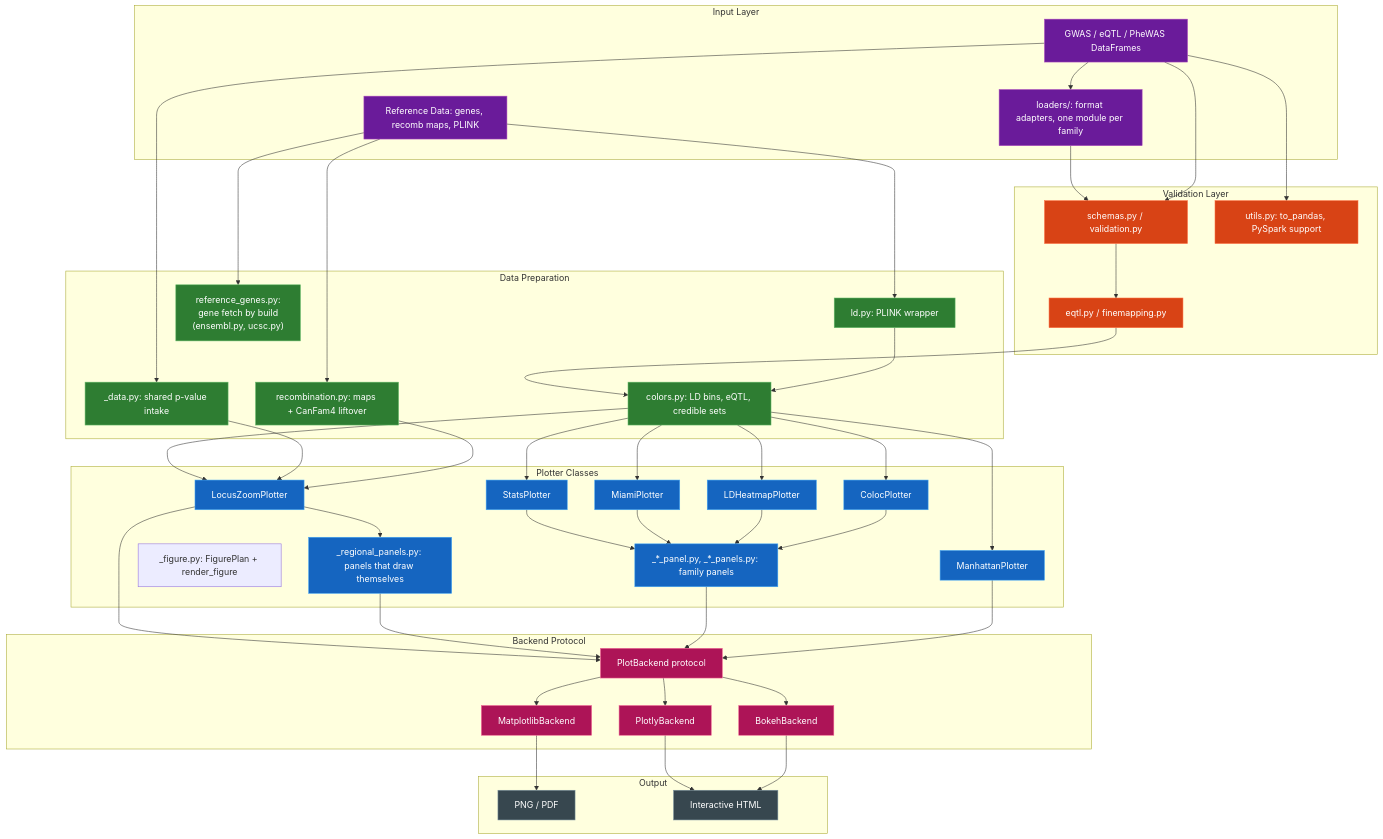
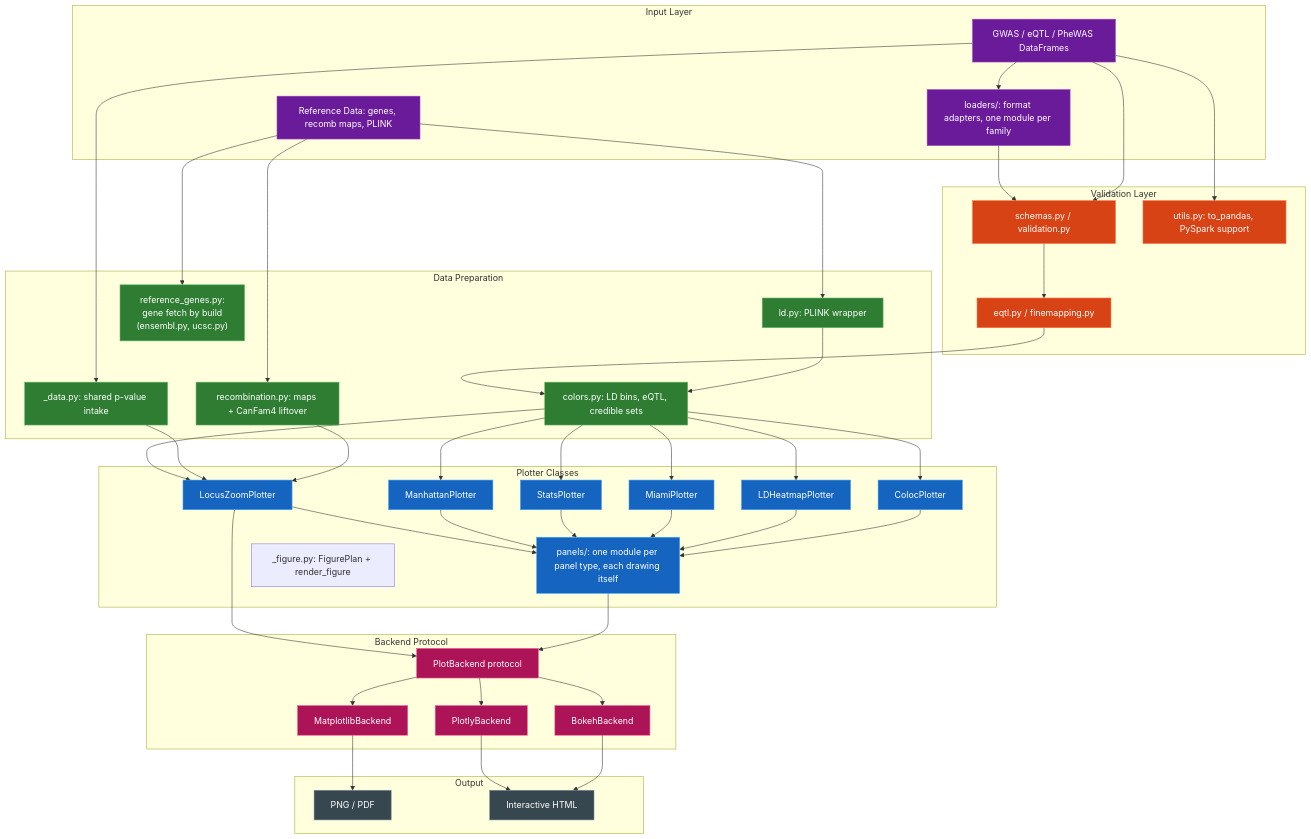
Before and after one commit to michael-denyer/pyLocusZoom: the diagram in docs/ARCHITECTURE.md, drawn with Mermaid. The commit also changed other lines of this file and 28 other files, not shown here.

First line of the commit message:
refactor: one package for every panel type, one module per panel

```diff
--- a/docs/ARCHITECTURE.md
+++ b/docs/ARCHITECTURE.md
@@ -40,9 +40,8 @@
 
     subgraph Plotters["Plotter Classes"]
         LZ[LocusZoomPlotter]
-        REGIONAL["_regional_panels.py: panels that draw themselves"]
+        PANELS["panels/: one module per panel type, each drawing itself"]
         FIGURE["_figure.py: FigurePlan + render_figure"]
-        FAMILIES[_*_panel.py, _*_panels.py: family panels]
         MP[ManhattanPlotter]
         SP[StatsPlotter]
         MIAMI[MiamiPlotter]
@@ -82,14 +81,13 @@
     COLORS --> CP
     RECOMB --> LZ
     LZ --> PROTO
-    LZ --> REGIONAL
-    REGIONAL --> PROTO
-    SP --> FAMILIES
-    MIAMI --> FAMILIES
-    LDH --> FAMILIES
-    CP --> FAMILIES
-    FAMILIES --> PROTO
-    MP --> PROTO
+    LZ --> PANELS
+    MP --> PANELS
+    SP --> PANELS
+    MIAMI --> PANELS
+    LDH --> PANELS
+    CP --> PANELS
+    PANELS --> PROTO
     PROTO --> MPL
     PROTO --> PLOTLY
     PROTO --> BOKEH
@@ -113,8 +111,7 @@
     style COLORS fill:#2e7d32,stroke:#66bb6a,color:#ffffff
 
     style LZ fill:#1565c0,stroke:#42a5f5,color:#ffffff
-    style REGIONAL fill:#1565c0,stroke:#42a5f5,color:#ffffff
-    style FAMILIES fill:#1565c0,stroke:#42a5f5,color:#ffffff
+    style PANELS fill:#1565c0,stroke:#42a5f5,color:#ffffff
     style MP fill:#1565c0,stroke:#42a5f5,color:#ffffff
     style SP fill:#1565c0,stroke:#42a5f5,color:#ffffff
     style MIAMI fill:#1565c0,stroke:#42a5f5,color:#ffffff
```
